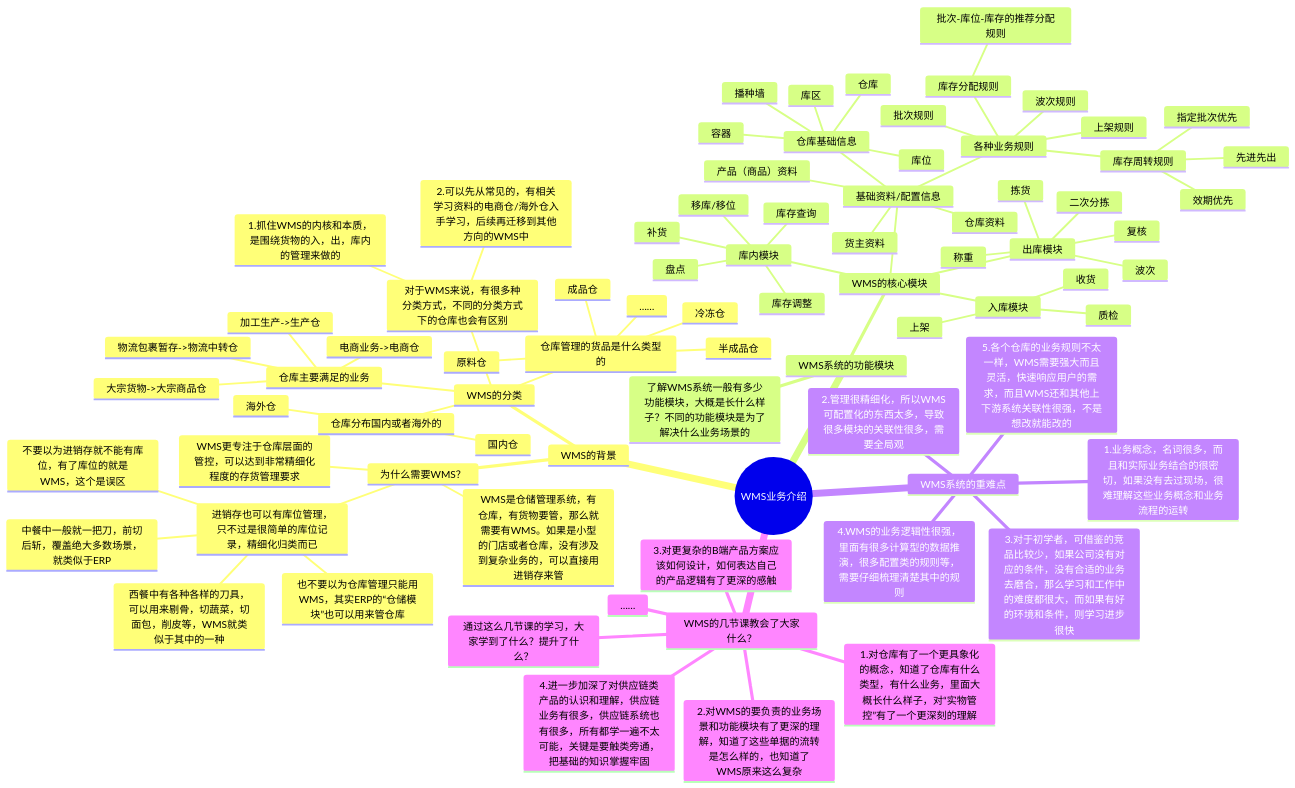
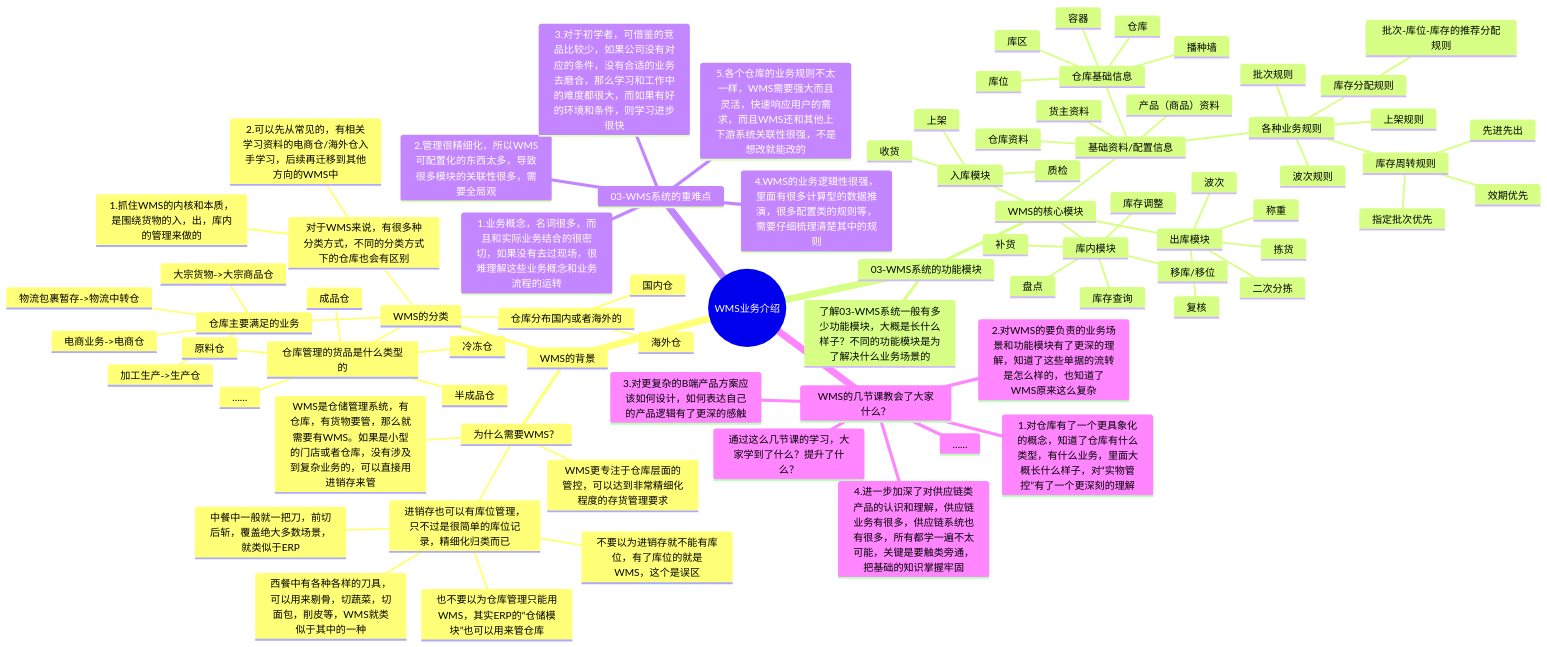
The first of 2 diagrams in 供应链系统资料/维他命_产品私享课/完整体系课程视频及文稿/课程15(直播课)_WMS和OMS项目的相关知识串讲.md (chao1927/scm), drawn with Mermaid before and after one commit. The commit also changed other lines of this file and 284 other files, not shown here.

```diff
--- a/供应链系统资料/维他命_产品私享课/完整体系课程视频及文稿/课程15(直播课)_WMS和OMS项目的相关知识串讲.md
+++ b/供应链系统资料/维他命_产品私享课/完整体系课程视频及文稿/课程15(直播课)_WMS和OMS项目的相关知识串讲.md
@@ -51,8 +51,8 @@
           加工生产->生产仓
           大宗货物->大宗商品仓
           物流包裹暂存->物流中转仓
-    WMS系统的功能模块
-      了解WMS系统一般有多少功能模块，大概是长什么样子？不同的功能模块是为了解决什么业务场景的
+    03-WMS系统的功能模块
+      了解03-WMS系统一般有多少功能模块，大概是长什么样子？不同的功能模块是为了解决什么业务场景的
       WMS的核心模块
         入库模块
           收货
@@ -90,7 +90,7 @@
               指定批次优先
             库存分配规则
               批次-库位-库存的推荐分配规则
-    WMS系统的重难点
+    03-WMS系统的重难点
       1.业务概念，名词很多，而且和实际业务结合的很密切，如果没有去过现场，很难理解这些业务概念和业务流程的运转
       2.管理很精细化，所以WMS可配置化的东西太多，导致很多模块的关联性很多，需要全局观
       3.对于初学者，可借鉴的竞品比较少，如果公司没有对应的条件，没有合适的业务去磨合，那么学习和工作中的难度都很大，而如果有好的环境和条件，则学习进步很快
```
